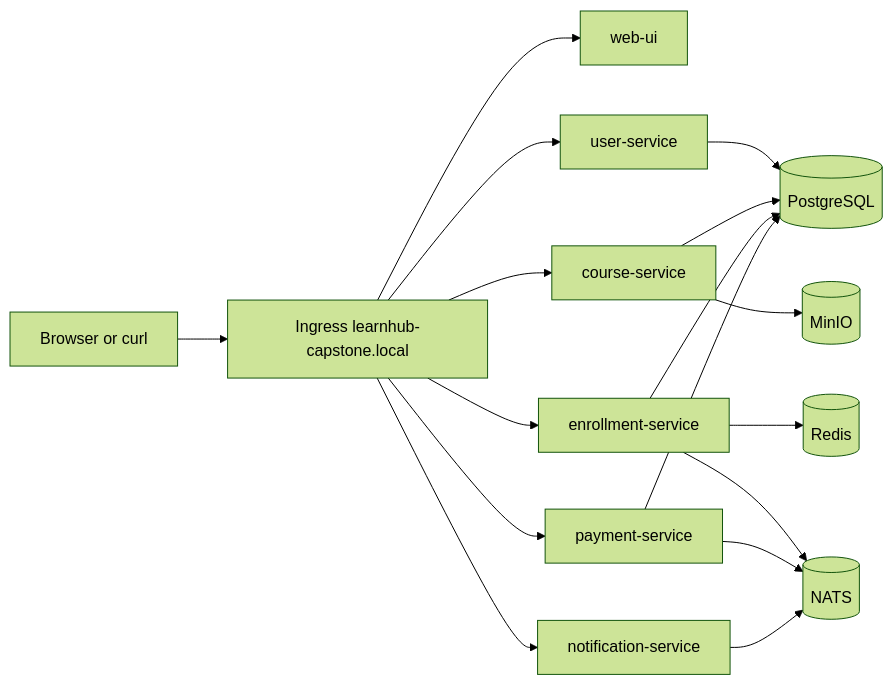
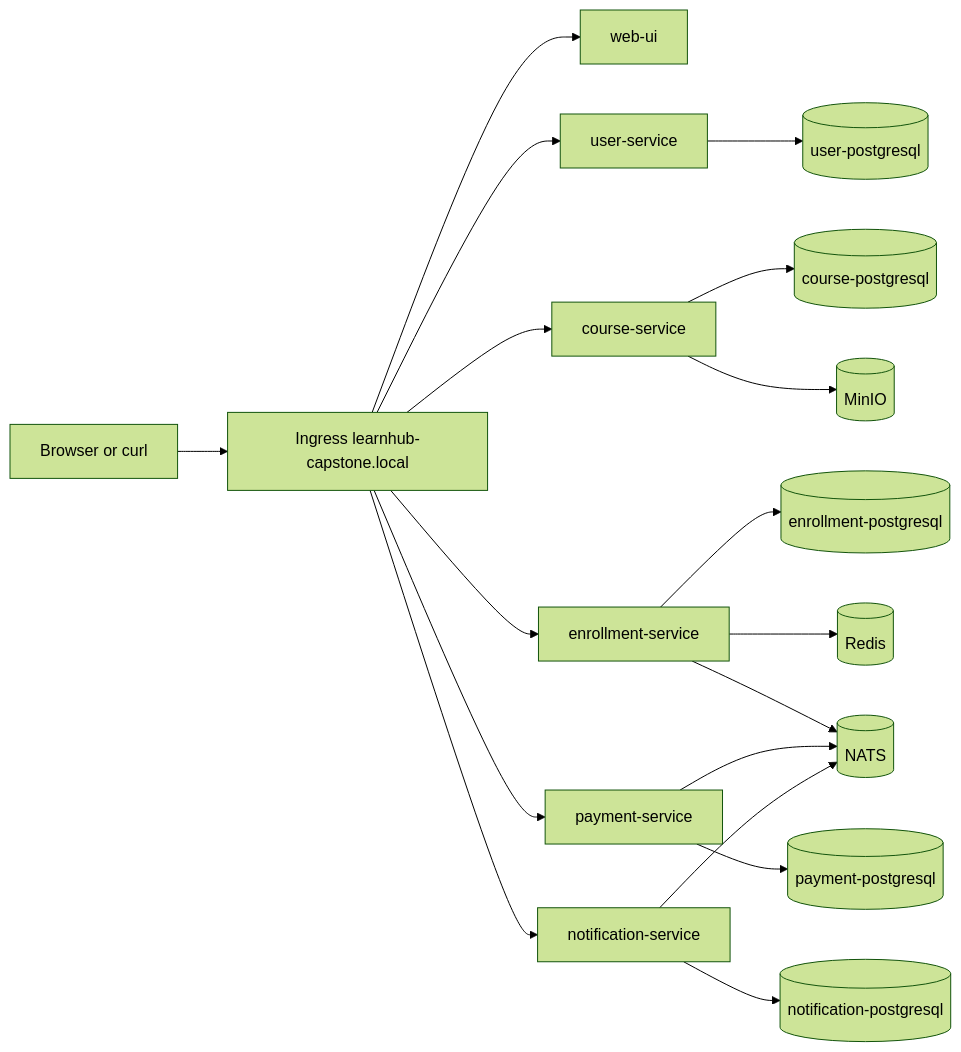
The diagram in capstone/docs/architecture.md (dieppq/Online_Learning), drawn with Mermaid (forest theme) before and after one commit. The commit also changed other lines of this file and 109 other files, not shown here.

````diff
--- a/capstone/docs/architecture.md
+++ b/capstone/docs/architecture.md
@@ -5,20 +5,21 @@
 ```mermaid
 flowchart LR
   client[Browser or curl] --> ingress[Ingress learnhub-capstone.local]
   ingress --> web[web-ui]
   ingress --> user[user-service]
   ingress --> course[course-service]
   ingress --> enroll[enrollment-service]
   ingress --> payment[payment-service]
   ingress --> notify[notification-service]
 
-  user --> pg[(PostgreSQL)]
-  course --> pg
+  user --> userdb[(user-postgresql)]
+  course --> coursedb[(course-postgresql)]
   course --> minio[(MinIO)]
-  enroll --> pg
+  enroll --> enrolldb[(enrollment-postgresql)]
   enroll --> redis[(Redis)]
   enroll --> nats[(NATS)]
-  payment --> pg
+  payment --> paymentdb[(payment-postgresql)]
   payment --> nats
+  notify --> notifydb[(notification-postgresql)]
   notify --> nats
 ```
````
